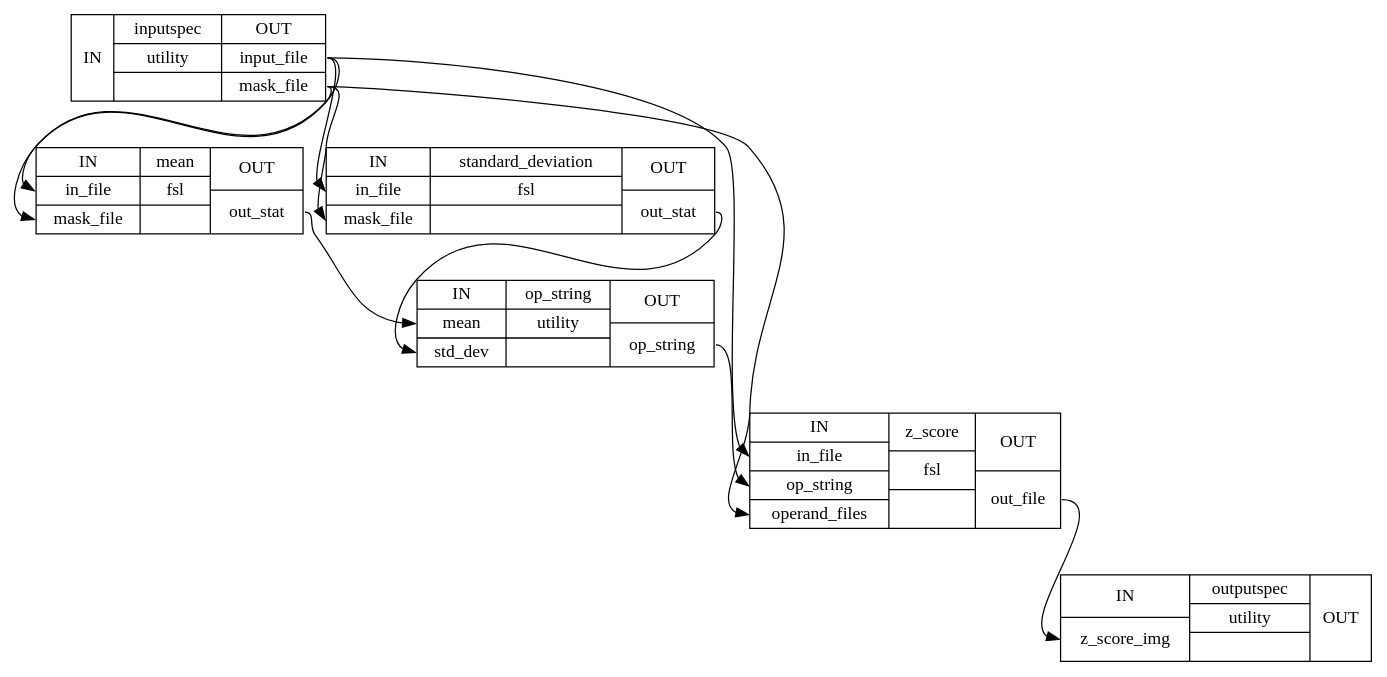
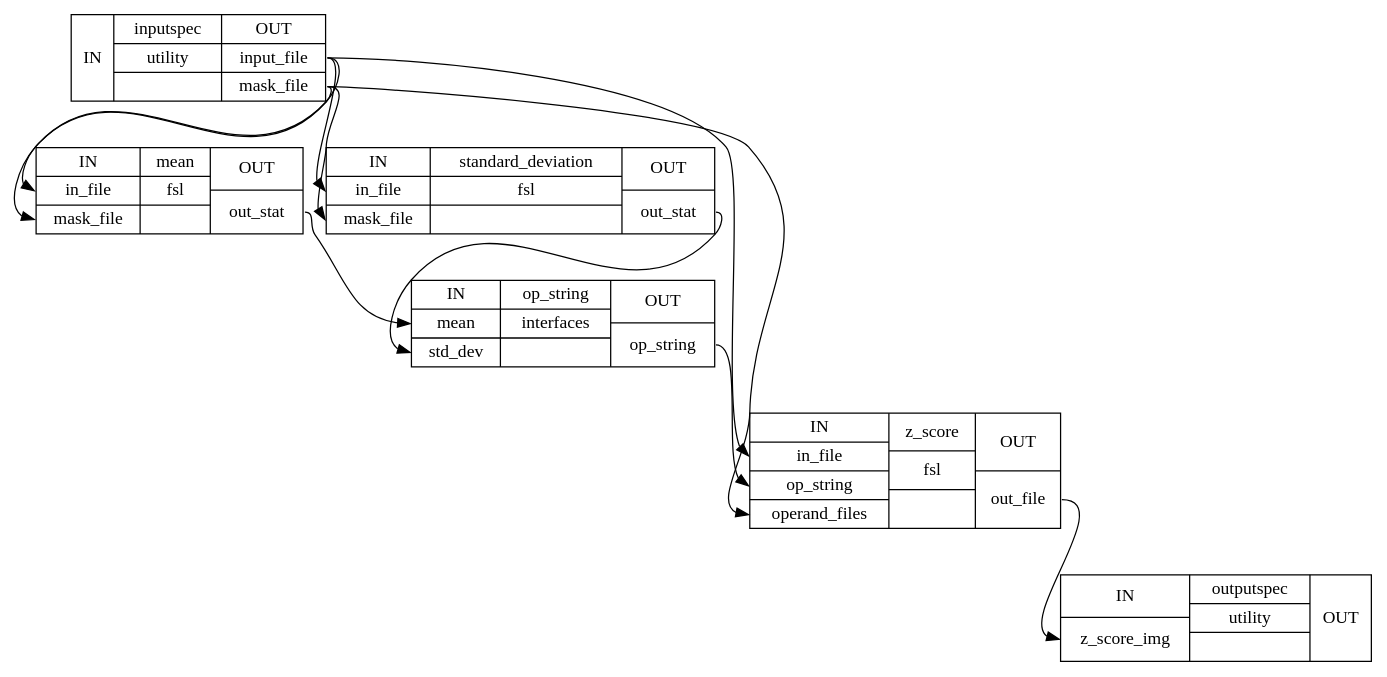
The diagram in docs/nightly/developer/images/generated/zscore_detailed.dot (FCP-INDI/fcp-indi.github.io), drawn with Graphviz before and after one commit. The commit also changed 280 other files, not shown here.

```diff
--- a/docs/nightly/developer/images/generated/zscore_detailed.dot
+++ b/docs/nightly/developer/images/generated/zscore_detailed.dot
@@ -1,19 +1,19 @@
 digraph structs {
 node [shape=record];
 "z_scoreinputspec" [label="{IN}|{ inputspec | utility |  }|{OUT|<outinputfile> input_file|<outmaskfile> mask_file}"];
 "z_scoremean" [label="{IN|<ininfile> in_file|<inmaskfile> mask_file}|{ mean | fsl |  }|{OUT|<outoutstat> out_stat}"];
 "z_scorestandard_deviation" [label="{IN|<ininfile> in_file|<inmaskfile> mask_file}|{ standard_deviation | fsl |  }|{OUT|<outoutstat> out_stat}"];
-"z_scoreop_string" [label="{IN|<inmean> mean|<instddev> std_dev}|{ op_string | utility |  }|{OUT|<outopstring> op_string}"];
+"z_scoreop_string" [label="{IN|<inmean> mean|<instddev> std_dev}|{ op_string | interfaces |  }|{OUT|<outopstring> op_string}"];
 "z_scorez_score" [label="{IN|<ininfile> in_file|<inopstring> op_string|<inoperandfiles> operand_files}|{ z_score | fsl |  }|{OUT|<outoutfile> out_file}"];
 "z_scoreoutputspec" [label="{IN|<inzscoreimg> z_score_img}|{ outputspec | utility |  }|{OUT}"];
 "z_scoreinputspec":"outinputfile":e -> "z_scoremean":"ininfile":w;
 "z_scoreinputspec":"outinputfile":e -> "z_scorestandard_deviation":"ininfile":w;
 "z_scoreinputspec":"outinputfile":e -> "z_scorez_score":"ininfile":w;
 "z_scoreinputspec":"outmaskfile":e -> "z_scoremean":"inmaskfile":w;
 "z_scoreinputspec":"outmaskfile":e -> "z_scorestandard_deviation":"inmaskfile":w;
 "z_scoreinputspec":"outmaskfile":e -> "z_scorez_score":"inoperandfiles":w;
 "z_scoremean":"outoutstat":e -> "z_scoreop_string":"inmean":w;
 "z_scoreop_string":"outopstring":e -> "z_scorez_score":"inopstring":w;
 "z_scorestandard_deviation":"outoutstat":e -> "z_scoreop_string":"instddev":w;
 "z_scorez_score":"outoutfile":e -> "z_scoreoutputspec":"inzscoreimg":w;
 }
```
